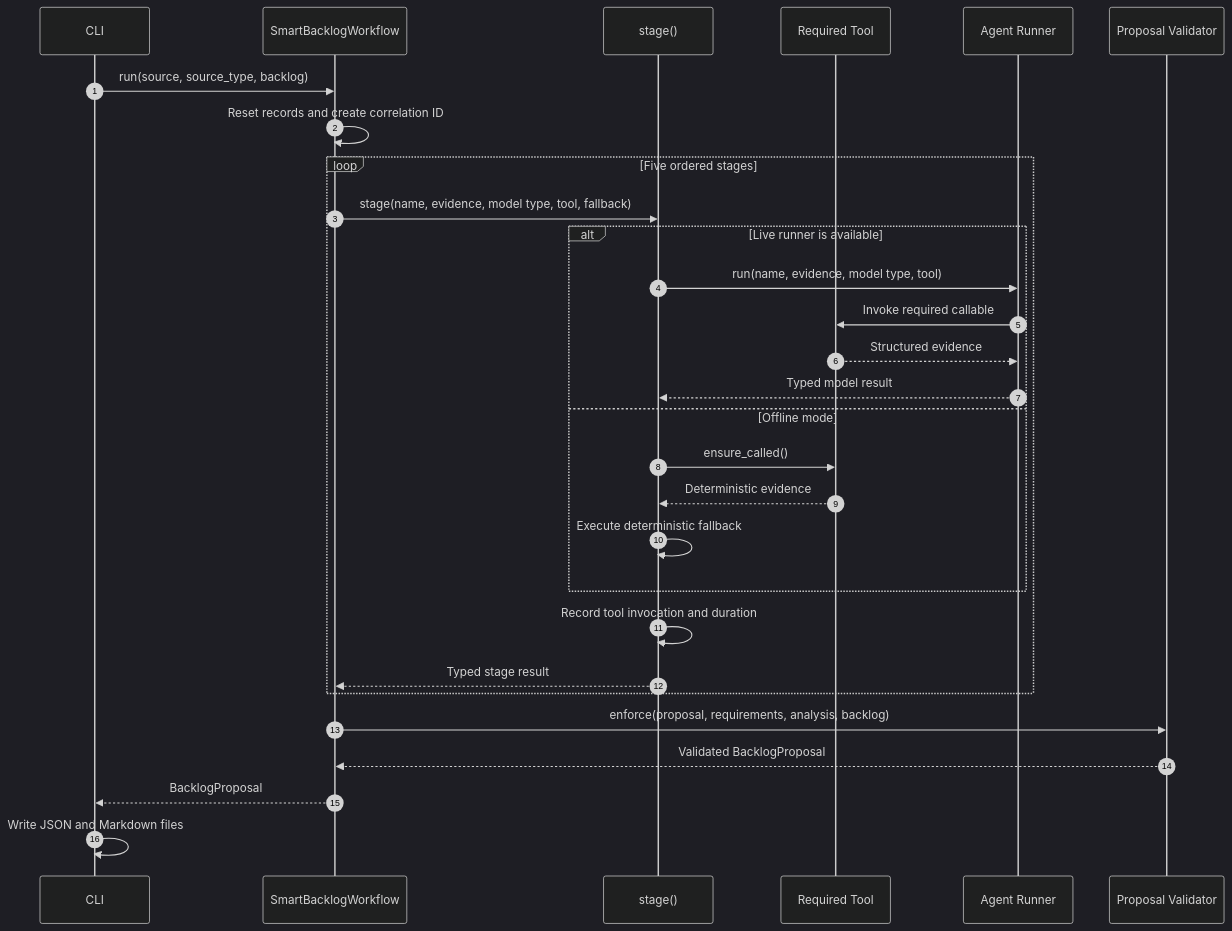
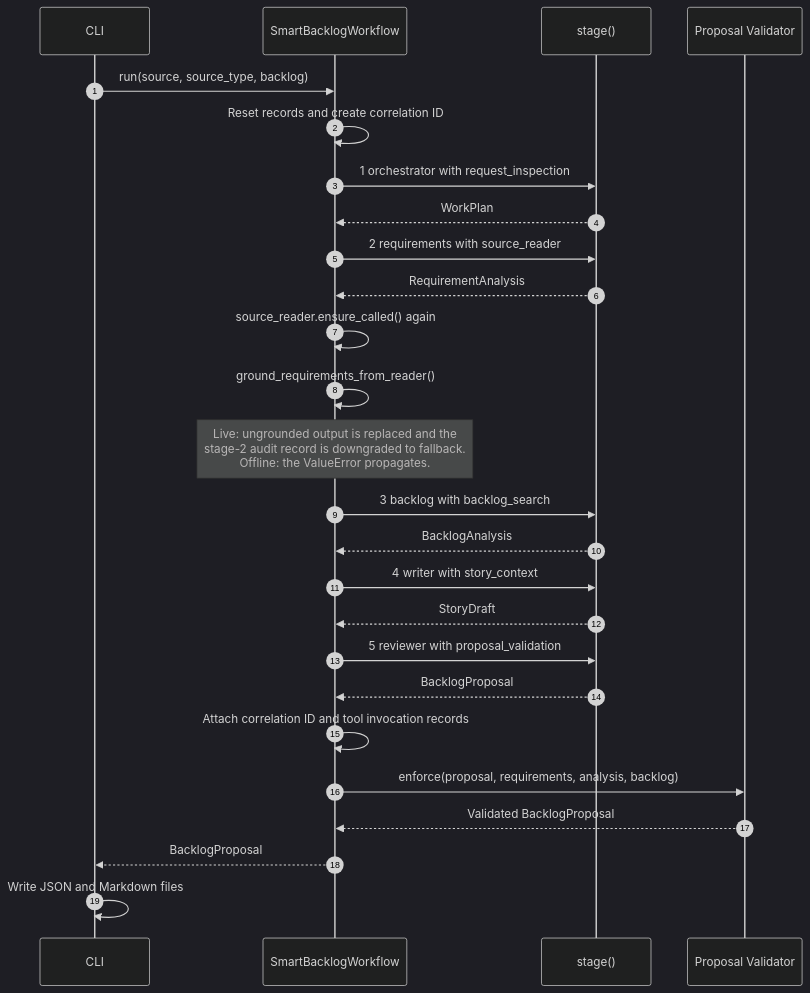
Before and after one commit to sjnoolkar-accenture/Smart-Backlog-Assistant: the first of 4 diagrams in specs/001-smart-backlog-assistant/workflow-code-walkthrough.md, drawn with Mermaid (dark theme). The commit also changed other lines of this file, not shown here.

````diff
--- a/specs/001-smart-backlog-assistant/workflow-code-walkthrough.md
+++ b/specs/001-smart-backlog-assistant/workflow-code-walkthrough.md
@@ -48,34 +56,33 @@
 ```mermaid
 sequenceDiagram
     autonumber
     participant CLI as CLI
     participant WF as SmartBacklogWorkflow
     participant ST as stage()
-    participant Tool as Required Tool
-    participant Agent as Agent Runner
     participant Guard as Proposal Validator
 
     CLI->>WF: run(source, source_type, backlog)
     WF->>WF: Reset records and create correlation ID
 
-    loop Five ordered stages
-        WF->>ST: stage(name, evidence, model type, tool, fallback)
-        alt Live runner is available
-            ST->>Agent: run(name, evidence, model type, tool)
-            Agent->>Tool: Invoke required callable
-            Tool-->>Agent: Structured evidence
-            Agent-->>ST: Typed model result
-        else Offline mode
-            ST->>Tool: ensure_called()
-            Tool-->>ST: Deterministic evidence
-            ST->>ST: Execute deterministic fallback
-        end
-        ST->>ST: Record tool invocation and duration
-        ST-->>WF: Typed stage result
-    end
+    WF->>ST: 1 orchestrator with request_inspection
+    ST-->>WF: WorkPlan
+    WF->>ST: 2 requirements with source_reader
+    ST-->>WF: RequirementAnalysis
 
+    WF->>WF: source_reader.ensure_called() again
+    WF->>WF: ground_requirements_from_reader()
+    Note over WF: Live: ungrounded output is replaced and the<br/>stage-2 audit record is downgraded to fallback.<br/>Offline: the ValueError propagates.
+
+    WF->>ST: 3 backlog with backlog_search
+    ST-->>WF: BacklogAnalysis
+    WF->>ST: 4 writer with story_context
+    ST-->>WF: StoryDraft
+    WF->>ST: 5 reviewer with proposal_validation
+    ST-->>WF: BacklogProposal
+
+    WF->>WF: Attach correlation ID and tool invocation records
     WF->>Guard: enforce(proposal, requirements, analysis, backlog)
     Guard-->>WF: Validated BacklogProposal
     WF-->>CLI: BacklogProposal
     CLI->>CLI: Write JSON and Markdown files
 ```
````
